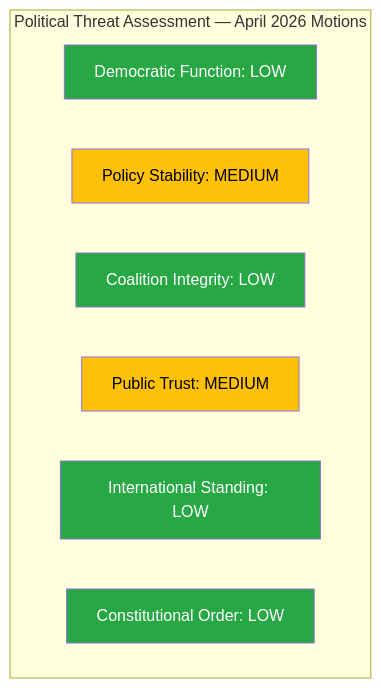
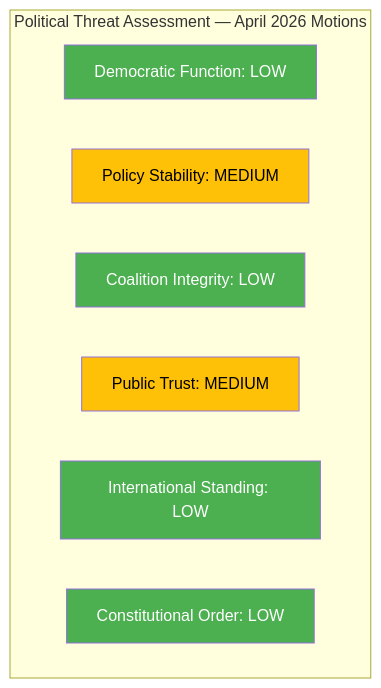
One commit to Hack23/riksdagsmonitor changed the diagram in analysis/daily/2026-04-14/motions/threat-analysis.md. Above: the diagram before and after it, drawn with Mermaid. The commit also changed 785 other files, not shown here.

First line of the commit message:
Normalize mermaid colors across 786 analysis artifacts to ISMS Style Guide palette

````diff
--- a/analysis/daily/2026-04-14/motions/threat-analysis.md
+++ b/analysis/daily/2026-04-14/motions/threat-analysis.md
@@ -23,17 +23,17 @@
 ```mermaid
 graph TD
     subgraph "Political Threat Assessment — April 2026 Motions"
         DEM["Democratic Function: LOW"]
         POL["Policy Stability: MEDIUM"]
         COA["Coalition Integrity: LOW"]
         PUB["Public Trust: MEDIUM"]
         INT["International Standing: LOW"]
         CON["Constitutional Order: LOW"]
     end
-    style DEM fill:#28a745,color:#fff
-    style POL fill:#ffc107,color:#000
-    style COA fill:#28a745,color:#fff
-    style PUB fill:#ffc107,color:#000
-    style INT fill:#28a745,color:#fff
-    style CON fill:#28a745,color:#fff
+    style DEM fill:#4CAF50,color:#FFFFFF
+    style POL fill:#FFC107,color:#000000
+    style COA fill:#4CAF50,color:#FFFFFF
+    style PUB fill:#FFC107,color:#000000
+    style INT fill:#4CAF50,color:#FFFFFF
+    style CON fill:#4CAF50,color:#FFFFFF
 ```
````
